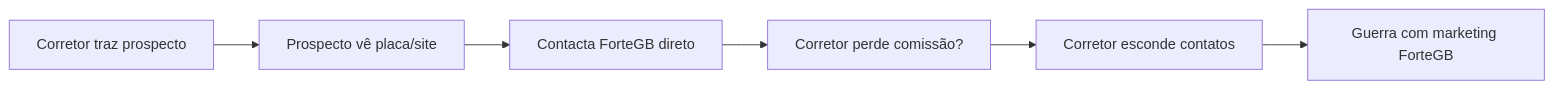
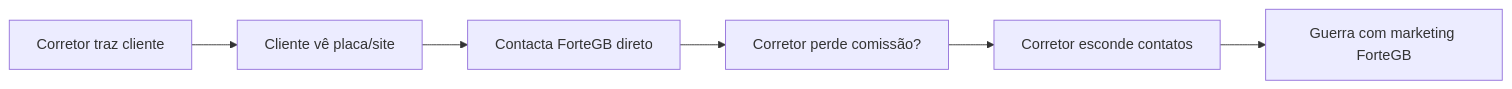
The second of 4 diagrams in docs/planning/apresentacao-socios.md (fortegb/platform), drawn with Mermaid before and after one commit. The commit also changed other lines of this file and 30 other files, not shown here.

First line of the commit message:
docs(#28): terminology sweep — lead/prospecto → cliente across planning docs

````diff
--- a/docs/planning/apresentacao-socios.md
+++ b/docs/planning/apresentacao-socios.md
@@ -75,8 +75,8 @@
 ```mermaid
 flowchart LR
-  C[Corretor traz prospecto] --> M[Prospecto vê placa/site]
+  C[Corretor traz cliente] --> M[Cliente vê placa/site]
   M --> D[Contacta ForteGB direto]
   D --> X[Corretor perde comissão?]
   X --> F[Corretor esconde contatos]
   F --> G[Guerra com marketing ForteGB]
 ```
````
